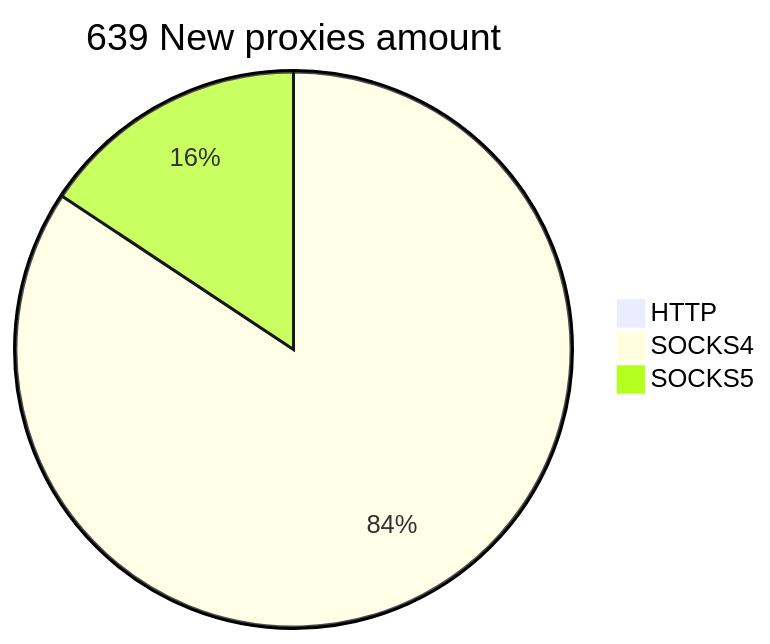
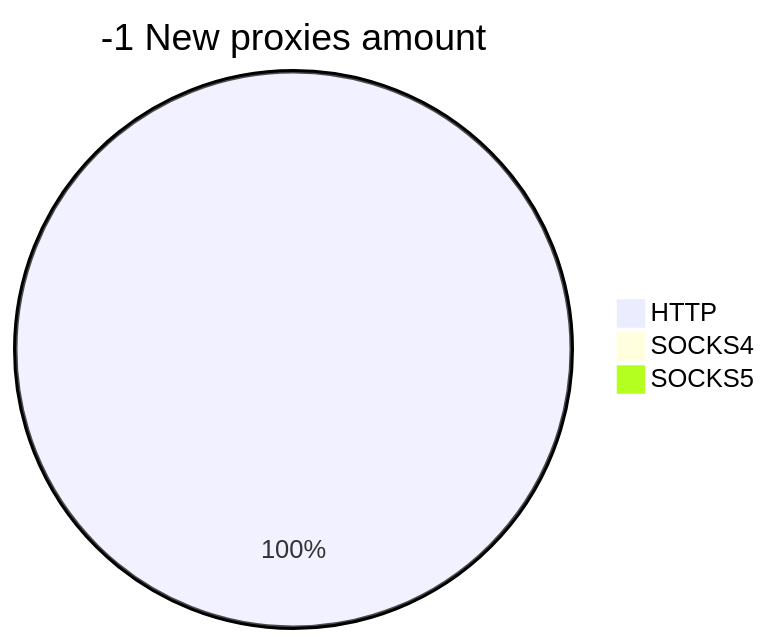
Before and after one commit to cutipu/proxylist: the second of 2 diagrams in README.md, drawn with Mermaid. The commit also changed other lines of this file, not shown here.

````diff
--- a/README.md
+++ b/README.md
@@ -10,6 +10,6 @@
 ```mermaid
-pie title 639 New proxies amount
-    "HTTP" : 0
-    "SOCKS4" : 570
-    "SOCKS5" : 106
+pie title -1 New proxies amount
+    "HTTP" : 10
+    "SOCKS4" : 0
+    "SOCKS5" : 0
 ```
````
